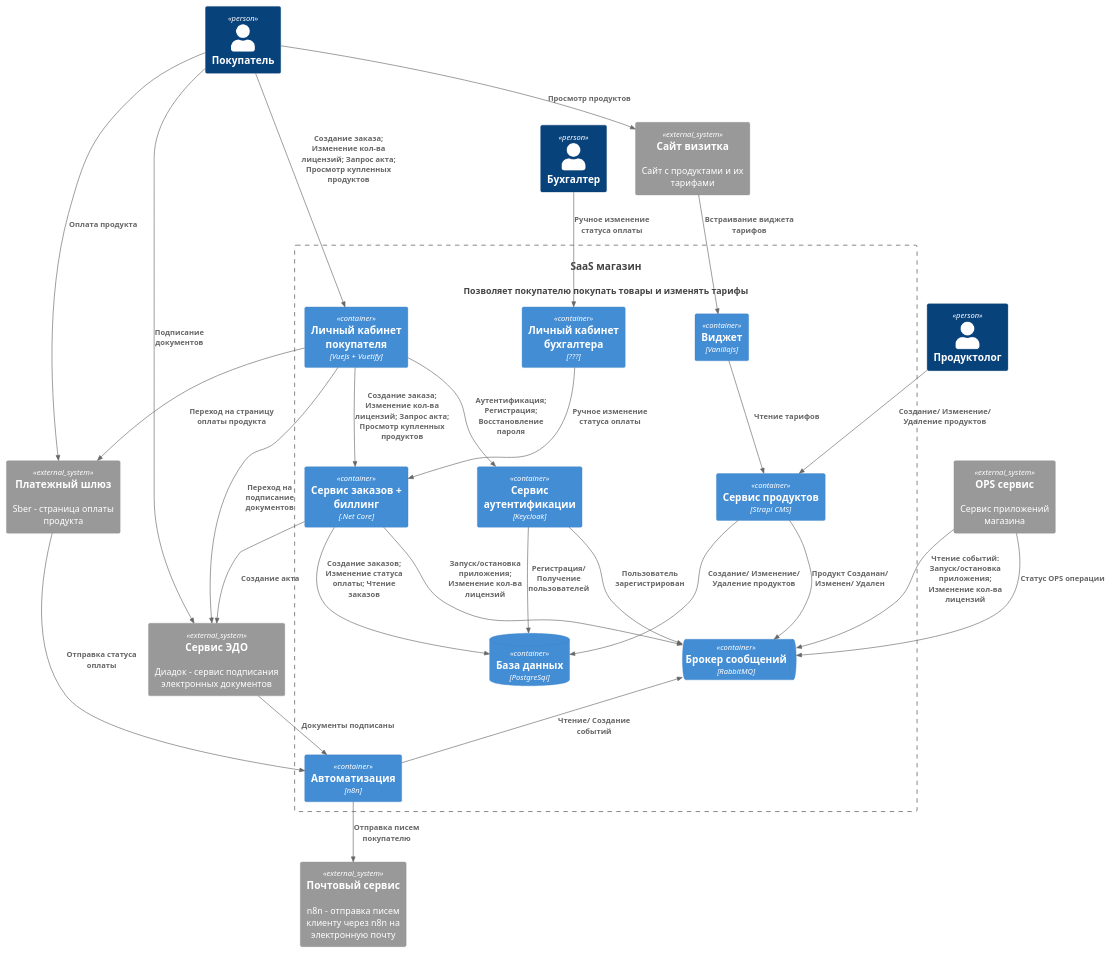
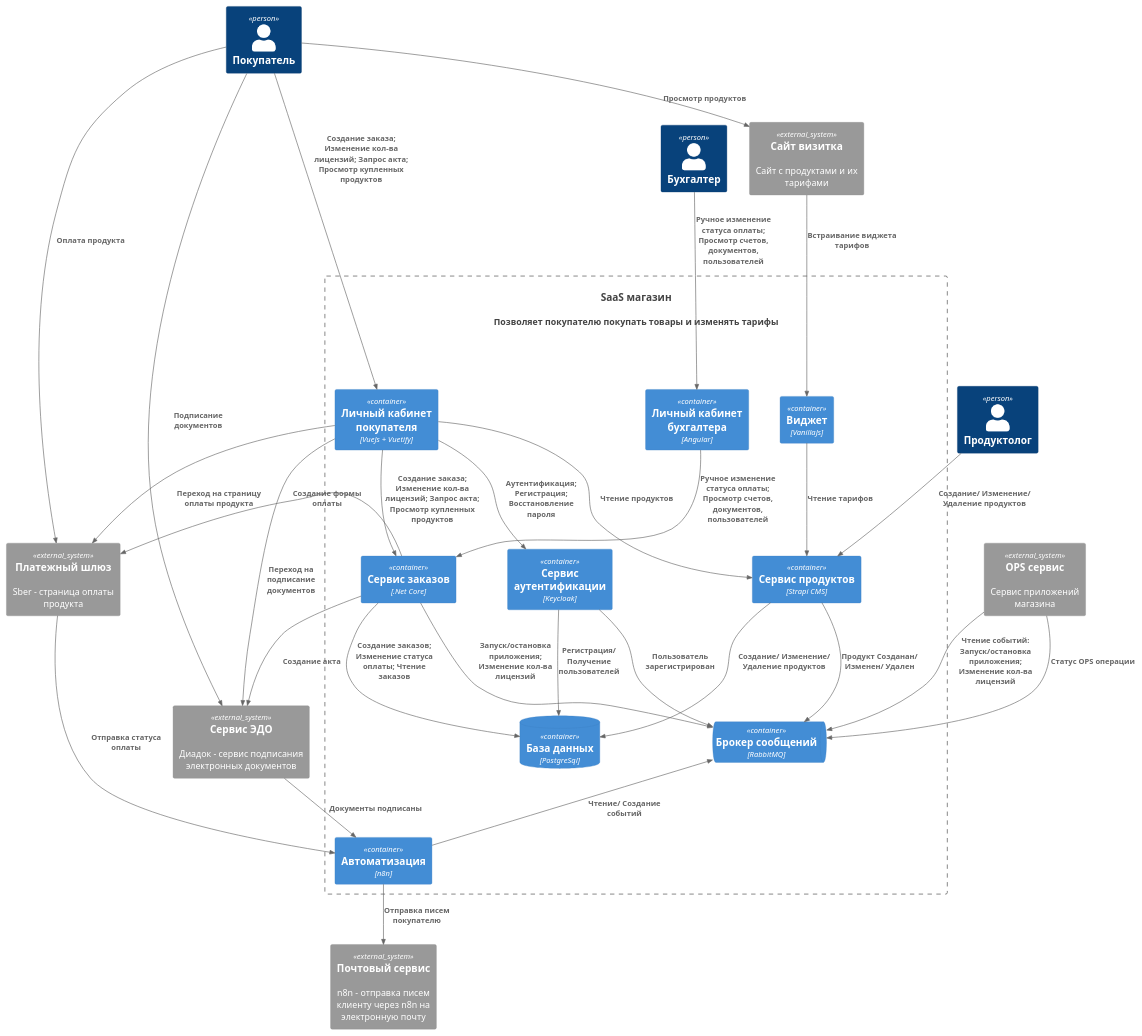
Before and after one commit to kelvionald/saas-shop: the diagram in docs/c4/2.container-v3.puml, drawn with PlantUML. The commit also changed 4 other files, not shown here.

Commit message:
правки диаграмм

```diff
--- a/docs/c4/2.container-v3.puml
+++ b/docs/c4/2.container-v3.puml
@@ -1,67 +1,69 @@
 @startuml
 !include https://raw.githubusercontent.com/plantuml-stdlib/C4-PlantUML/master/C4_Container.puml
 
 Person(user_customer, "Покупатель")
 Person(user_accountant, "Бухгалтер")
 Person(user_programmer, "Продуктолог")
 
 System(system_shop, "SaaS магазин", "Позволяет покупателю покупать товары и изменять тарифы")
 
 System_Ext(system_email, "Почтовый сервис", "n8n - отправка писем клиенту через n8n на электронную почту")
 System_Ext(system_bank, "Платежный шлюз", "Sber - страница оплаты продукта")
 System_Ext(system_docs, "Сервис ЭДО", "Диадок - сервис подписания электронных документов")
 System_Ext(system_ops, "OPS сервис", "Сервис приложений магазина")
 System_Ext(system_site, "Сайт визитка", "Сайт с продуктами и их тарифами")
 
 System_Boundary(system_shop, "SaaS магазин") {
     ContainerQueue(system_queue, "Брокер сообщений", "RabbitMQ")
     Container(system_flow, "Автоматизация", "n8n")
 
     Container(system_admin, "Сервис продуктов", "Strapi CMS")
     Container(system_sign, "Сервис аутентификации", "Keycloak")
-    Container(system_billing, "Сервис заказов + биллинг", ".Net Core")
+    Container(system_billing, "Сервис заказов", ".Net Core")
     
     Container(system_account_front, "Личный кабинет покупателя", "VueJs + Vuetify")
     Container(container_widget, "Виджет", "VanillaJs")
-    Container(container_accountant_admin, "Личный кабинет бухгалтера", "???")
+    Container(container_accountant_admin, "Личный кабинет бухгалтера", "Angular")
     
     ContainerDb(container_db, "База данных", "PostgreSql")
 }
 
 Rel(system_site, container_widget, "Встраивание виджета тарифов")
 Rel(container_widget, system_admin, "Чтение тарифов")
 
-Rel(user_accountant, container_accountant_admin, "Ручное изменение статуса оплаты")
-Rel(container_accountant_admin, system_billing, "Ручное изменение статуса оплаты")
+Rel(user_accountant, container_accountant_admin, "Ручное изменение статуса оплаты; Просмотр счетов, документов, пользователей")
+Rel(container_accountant_admin, system_billing, "Ручное изменение статуса оплаты; Просмотр счетов, документов, пользователей")
 
 Rel(user_programmer, system_admin, "Создание/ Изменение/ Удаление продуктов")
 
 Rel(system_admin, container_db, "Создание/ Изменение/ Удаление продуктов")
 Rel(system_sign, container_db, "Регистрация/ Получение пользователей")
 Rel(system_billing, container_db, "Создание заказов; Изменение статуса оплаты; Чтение заказов")
 
+Rel(system_account_front, system_admin, "Чтение продуктов")
 Rel(system_account_front, system_billing, "Создание заказа; Изменение кол-ва лицензий; Запрос акта; Просмотр купленных продуктов")
 Rel(user_customer, system_account_front, "Создание заказа; Изменение кол-ва лицензий; Запрос акта; Просмотр купленных продуктов")
 Rel(user_customer, system_site, "Просмотр продуктов")
 Rel(system_account_front, system_sign, "Аутентификация; Регистрация; Восстановление пароля")
 
 Rel(user_customer, system_bank, "Оплата продукта")
 Rel(user_customer, system_docs, "Подписание документов")
 Rel(system_account_front, system_bank, "Переход на страницу оплаты продукта")
+Rel_L(system_billing, system_bank, "Создание формы оплаты")
 Rel(system_bank, system_flow, "Отправка статуса оплаты")
 
 Rel(system_flow, system_email, "Отправка писем покупателю")
 
 Rel(system_account_front, system_docs, "Переход на подписание документов")
 Rel(system_billing, system_docs, "Создание акта")
 
 Rel_U(system_flow, system_queue, "Чтение/ Создание событий")
 Rel(system_admin, system_queue, "Продукт Созданан/ Изменен/ Удален")
 Rel(system_sign, system_queue, "Пользователь зарегистрирован")
 Rel(system_billing, system_queue, "Запуск/остановка приложения; Изменение кол-ва лицензий")
 Rel(system_ops, system_queue, "Статус OPS операции")
 Rel(system_ops, system_queue, "Чтение событий: Запуск/остановка приложения; Изменение кол-ва лицензий")
 
 Rel(system_docs, system_flow, "Документы подписаны")
 
 @enduml
```
